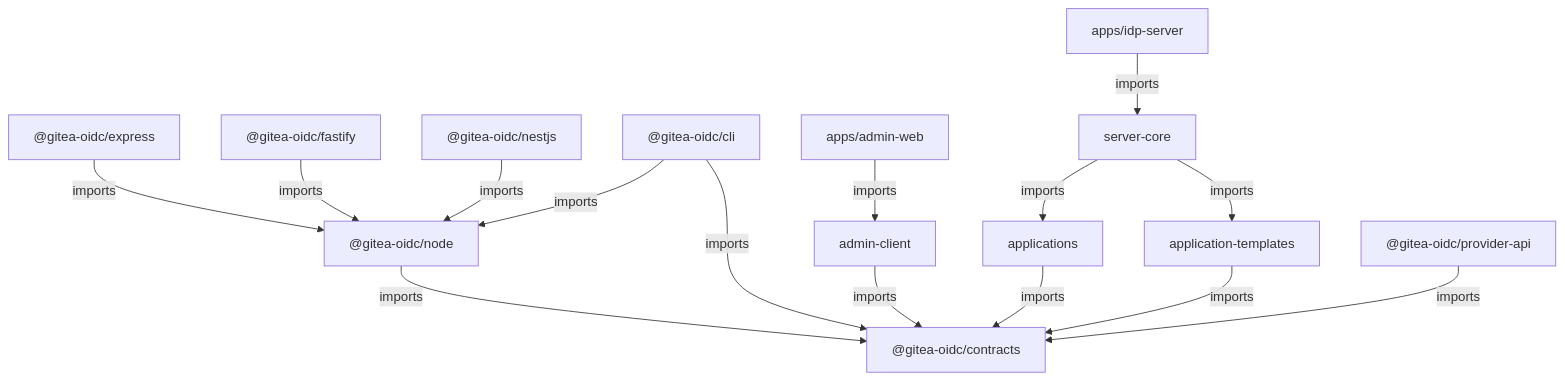
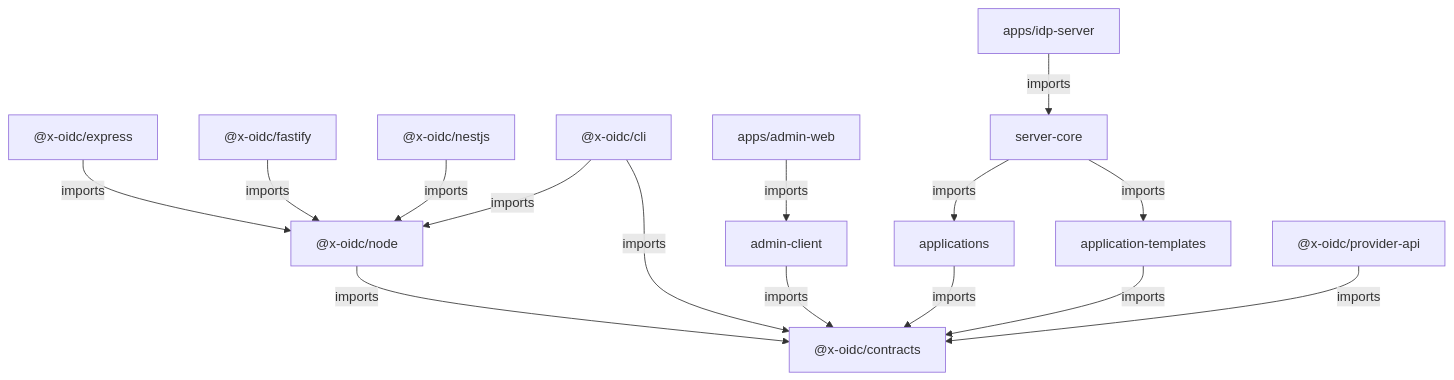
Before and after one commit to Lydanne/gitea-oidc: the diagram in docs/spec/2026-07-10-monorepo-application-sdk-architecture.md, drawn with Mermaid. The commit also changed other lines of this file and 268 other files, not shown here.

````diff
--- a/docs/spec/2026-07-10-monorepo-application-sdk-architecture.md
+++ b/docs/spec/2026-07-10-monorepo-application-sdk-architecture.md
@@ -349,17 +348,17 @@
 ```mermaid
 flowchart TD
-  express["@gitea-oidc/express"] -->|imports| node["@gitea-oidc/node"]
-  fastify["@gitea-oidc/fastify"] -->|imports| node
-  nestjs["@gitea-oidc/nestjs"] -->|imports| node
-  node -->|imports| contracts["@gitea-oidc/contracts"]
-  cli["@gitea-oidc/cli"] -->|imports| node
+  express["@x-oidc/express"] -->|imports| node["@x-oidc/node"]
+  fastify["@x-oidc/fastify"] -->|imports| node
+  nestjs["@x-oidc/nestjs"] -->|imports| node
+  node -->|imports| contracts["@x-oidc/contracts"]
+  cli["@x-oidc/cli"] -->|imports| node
   cli -->|imports| contracts
   admin["apps/admin-web"] -->|imports| adminClient["admin-client"]
   adminClient -->|imports| contracts
   server["apps/idp-server"] -->|imports| core["server-core"]
   core -->|imports| applications["applications"]
   core -->|imports| templates["application-templates"]
   applications -->|imports| contracts
   templates -->|imports| contracts
-  providerApi["@gitea-oidc/provider-api"] -->|imports| contracts
+  providerApi["@x-oidc/provider-api"] -->|imports| contracts
 ```
````
